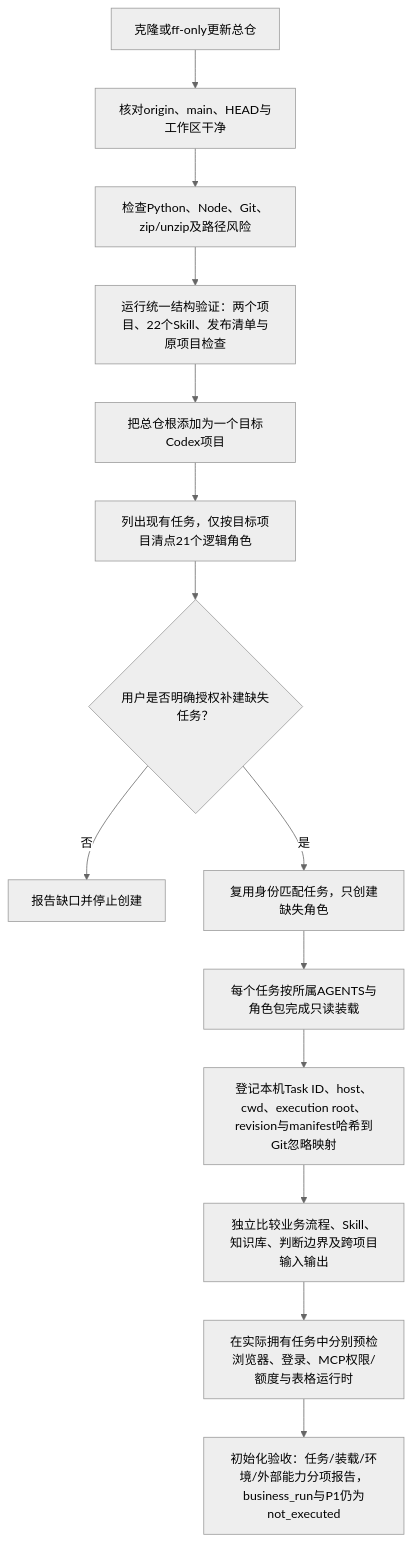
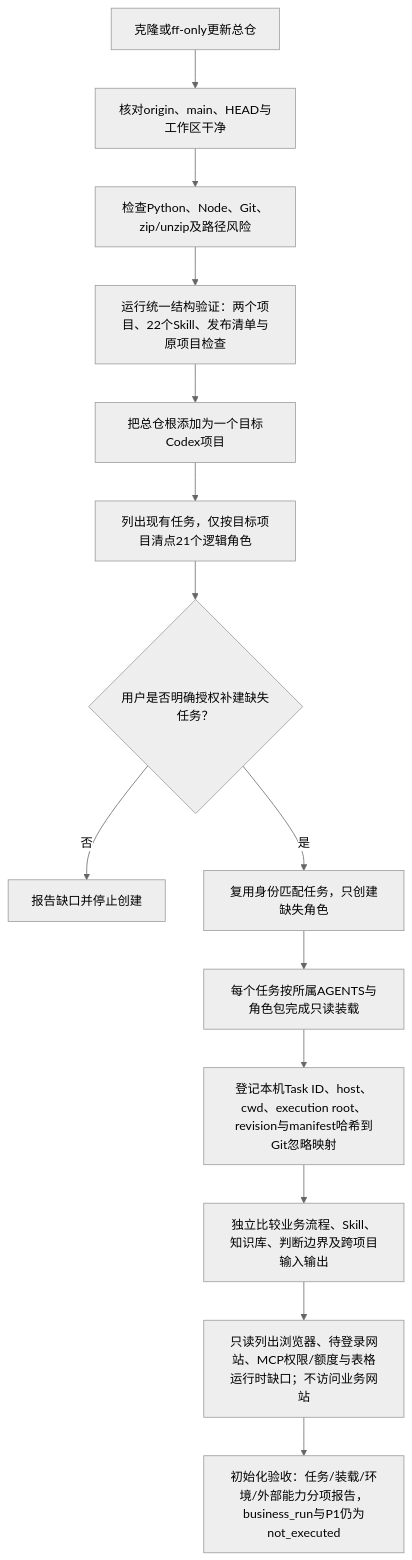
The second of 2 diagrams in README.md (Ryanwsq/amazon-keyword-library-listing-auto-writing), drawn with Mermaid (neutral theme) before and after one commit. The commit also changed other lines of this file and 1343 other files, not shown here.

````diff
--- a/README.md
+++ b/README.md
@@ -90,16 +95,16 @@
 ```mermaid
 flowchart TD
     C0["克隆或ff-only更新总仓"] --> C1["核对origin、main、HEAD与工作区干净"]
     C1 --> C2["检查Python、Node、Git、zip/unzip及路径风险"]
     C2 --> C3["运行统一结构验证：两个项目、22个Skill、发布清单与原项目检查"]
     C3 --> C4["把总仓根添加为一个目标Codex项目"]
     C4 --> C5["列出现有任务，仅按目标项目清点21个逻辑角色"]
     C5 --> C6{"用户是否明确授权补建缺失任务？"}
     C6 -->|"否"| STOP["报告缺口并停止创建"]
     C6 -->|"是"| C7["复用身份匹配任务，只创建缺失角色"]
     C7 --> C8["每个任务按所属AGENTS与角色包完成只读装载"]
     C8 --> C9["登记本机Task ID、host、cwd、execution root、revision与manifest哈希到Git忽略映射"]
     C9 --> C10["独立比较业务流程、Skill、知识库、判断边界及跨项目输入输出"]
-    C10 --> C11["在实际拥有任务中分别预检浏览器、登录、MCP权限/额度与表格运行时"]
+    C10 --> C11["只读列出浏览器、待登录网站、MCP权限/额度与表格运行时缺口；不访问业务网站"]
     C11 --> C12["初始化验收：任务/装载/环境/外部能力分项报告，business_run与P1仍为not_executed"]
 ```
````
